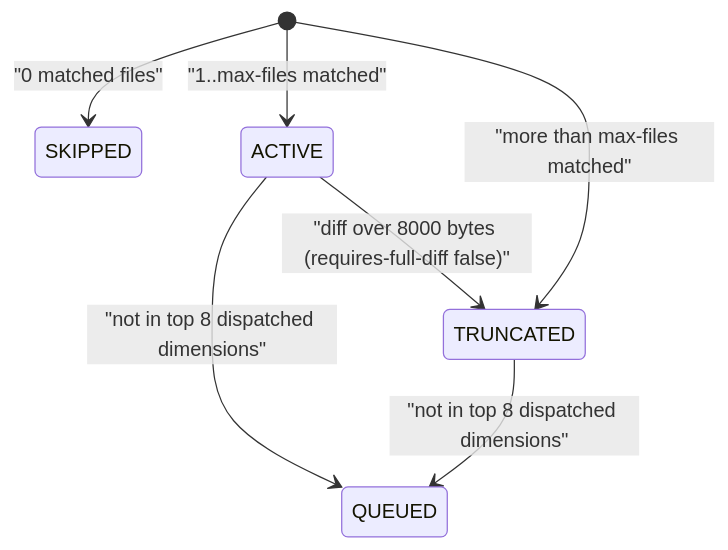
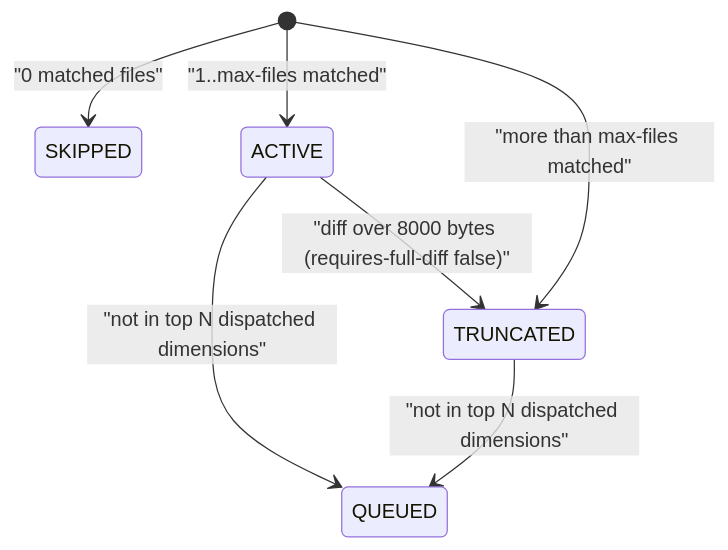
Before and after one commit to rnagrodzki/sdlc-plugin: the diagram in openspec/specs/tool-review-prepare/spec.md, drawn with Mermaid. The commit also changed other lines of this file and 24 other files, not shown here.

````diff
--- a/openspec/specs/tool-review-prepare/spec.md
+++ b/openspec/specs/tool-review-prepare/spec.md
@@ -179,9 +179,9 @@
 ```mermaid
 stateDiagram-v2
     [*] --> SKIPPED: "0 matched files"
     [*] --> ACTIVE: "1..max-files matched"
     [*] --> TRUNCATED: "more than max-files matched"
-    ACTIVE --> QUEUED: "not in top 8 dispatched dimensions"
-    TRUNCATED --> QUEUED: "not in top 8 dispatched dimensions"
+    ACTIVE --> QUEUED: "not in top N dispatched dimensions"
+    TRUNCATED --> QUEUED: "not in top N dispatched dimensions"
     ACTIVE --> TRUNCATED: "diff over 8000 bytes (requires-full-diff false)"
 ```
````
